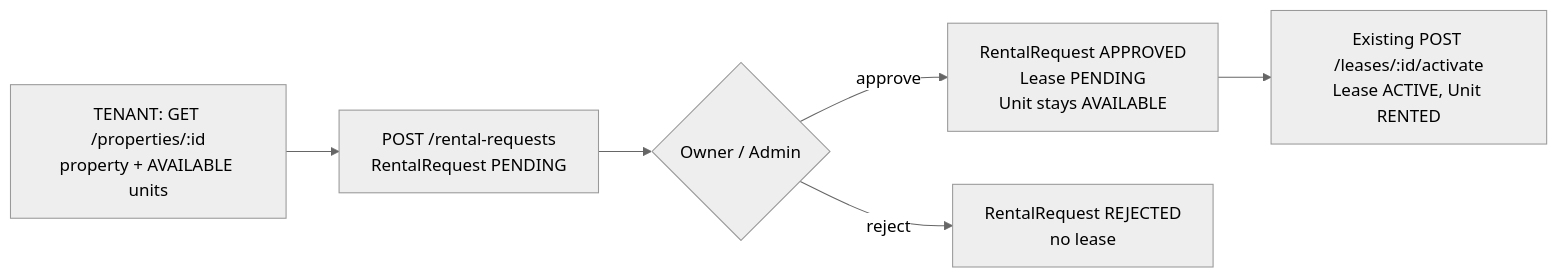
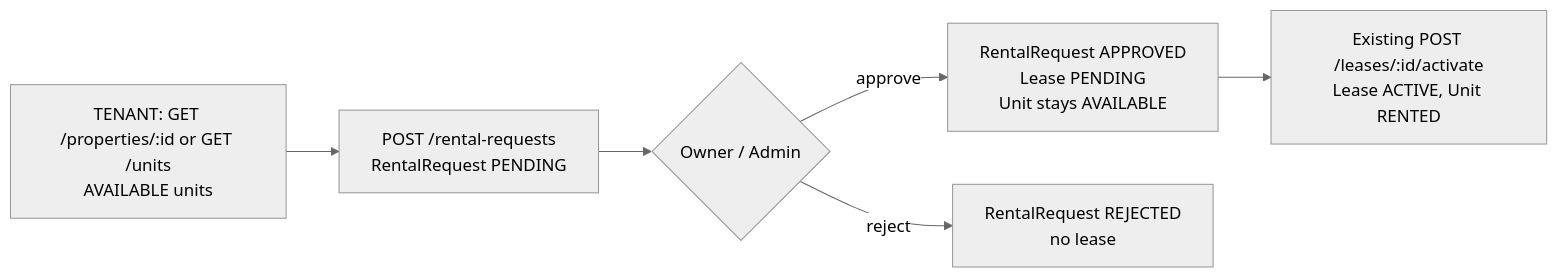
One commit to Joo-Shohber/Prop-Flow changed the third of 4 diagrams in docs/business-logic.md. Above: the diagram before and after it, drawn with Mermaid (neutral theme). The commit also changed other lines of this file and 5 other files, not shown here.

````diff
--- a/docs/business-logic.md
+++ b/docs/business-logic.md
@@ -69,8 +83,8 @@
 ```mermaid
 flowchart LR
-    T[TENANT: GET /properties/:id<br/>property + AVAILABLE units] --> C[POST /rental-requests<br/>RentalRequest PENDING]
+    T[TENANT: GET /properties/:id or GET /units<br/>AVAILABLE units] --> C[POST /rental-requests<br/>RentalRequest PENDING]
     C --> A{Owner / Admin}
     A -- approve --> L[RentalRequest APPROVED<br/>Lease PENDING<br/>Unit stays AVAILABLE]
     A -- reject --> R[RentalRequest REJECTED<br/>no lease]
     L --> X[Existing POST /leases/:id/activate<br/>Lease ACTIVE, Unit RENTED]
 ```
````
